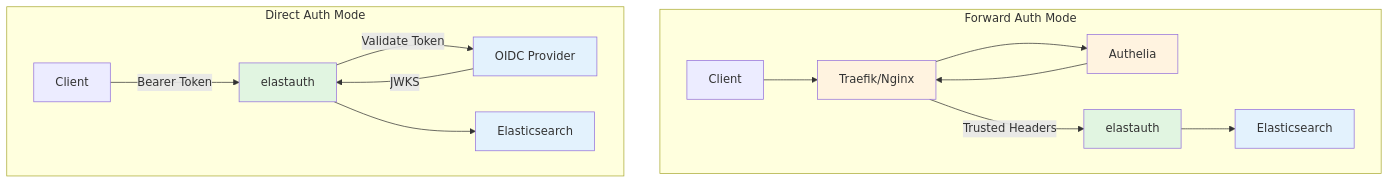
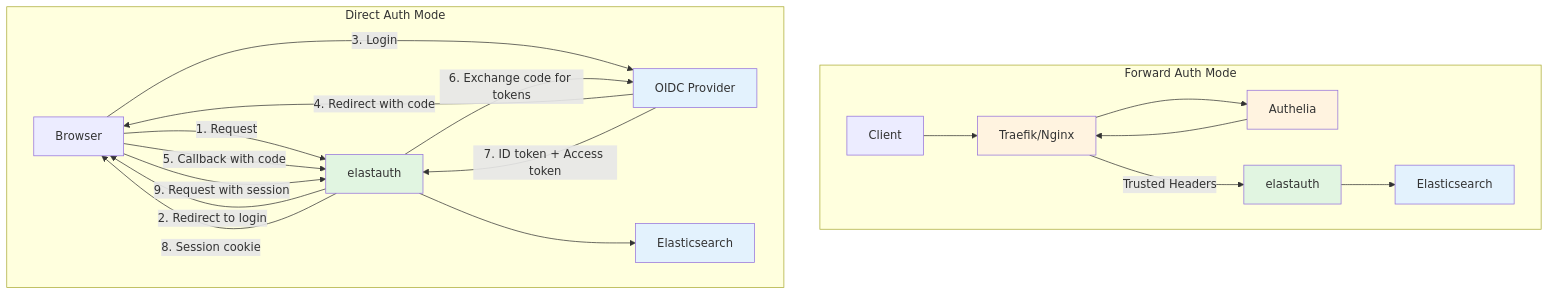
Before and after one commit to wasilak/elastauth: the first of 3 diagrams in .kiro/specs/operation-modes-security-fix/design.md, drawn with Mermaid.

Commit message:
fix: correct Direct Auth Mode architecture diagram
The previous diagram incorrectly showed "Bearer Token" flow, implying
the client sends tokens directly. The correct flow is OAuth2 authorization
code flow where:
1. Client requests Elasticsearch
2. elastauth redirects to OIDC provider login
3. User logs in at OIDC provider
4. OIDC redirects back with authorization code
5. elastauth exchanges code for tokens
6. elastauth creates session cookie
7. Subsequent requests use session cookie

This is browser-based OAuth2 flow, not bearer token validation.

````diff
--- a/.kiro/specs/operation-modes-security-fix/design.md
+++ b/.kiro/specs/operation-modes-security-fix/design.md
@@ -18,25 +18,31 @@
 ```mermaid
 graph TD
     subgraph "Forward Auth Mode"
         Client1[Client] --> Traefik[Traefik/Nginx]
         Traefik --> Authelia[Authelia]
         Authelia --> Traefik
         Traefik -->|Trusted Headers| EA1[elastauth]
         EA1 --> ES1[Elasticsearch]
     end
     
     subgraph "Direct Auth Mode"
-        Client2[Client] -->|Bearer Token| EA2[elastauth]
-        EA2 -->|Validate Token| OIDC[OIDC Provider]
-        OIDC -->|JWKS| EA2
+        Client2[Browser] -->|1. Request| EA2[elastauth]
+        EA2 -->|2. Redirect to login| Client2
+        Client2 -->|3. Login| OIDC[OIDC Provider]
+        OIDC -->|4. Redirect with code| Client2
+        Client2 -->|5. Callback with code| EA2
+        EA2 -->|6. Exchange code for tokens| OIDC
+        OIDC -->|7. ID token + Access token| EA2
+        EA2 -->|8. Session cookie| Client2
+        Client2 -->|9. Request with session| EA2
         EA2 --> ES2[Elasticsearch]
     end
     
     style EA1 fill:#e1f5e1
     style EA2 fill:#e1f5e1
     style Traefik fill:#fff3e0
     style Authelia fill:#fff3e0
     style OIDC fill:#e3f2fd
     style ES1 fill:#e3f2fd
     style ES2 fill:#e3f2fd
 ```
````
